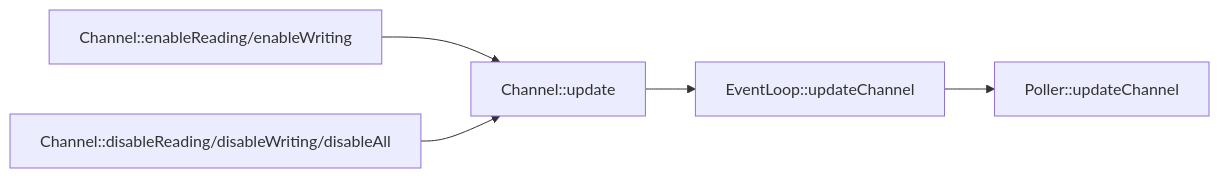
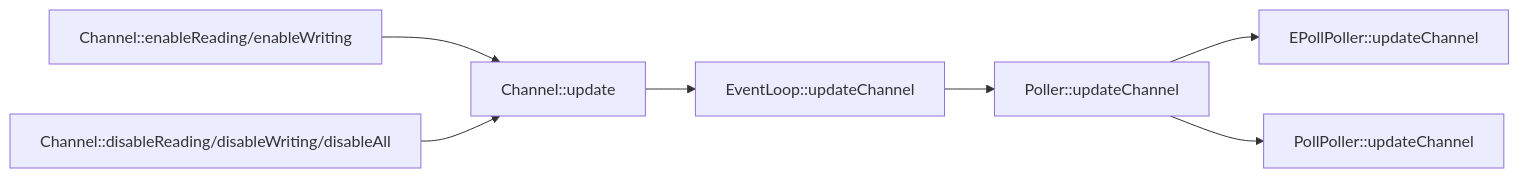
One commit to Hsurpass/Blogs changed the first of 7 diagrams in muduo/study.md. Above: the diagram before and after it, drawn with Mermaid. The commit also changed other lines of this file, not shown here.

````diff
--- a/muduo/study.md
+++ b/muduo/study.md
@@ -32,7 +38,8 @@
 ```mermaid
 graph LR
 Channel::enableReading/enableWriting-->Channel::update
 Channel::disableReading/disableWriting/disableAll-->Channel::update
-Channel::update-->EventLoop::updateChannel
-EventLoop::updateChannel-->Poller::updateChannel
+Channel::update-->EventLoop::updateChannel-->Poller::updateChannel
+Poller::updateChannel --> EPollPoller::updateChannel
+Poller::updateChannel --> PollPoller::updateChannel
 ```
````
